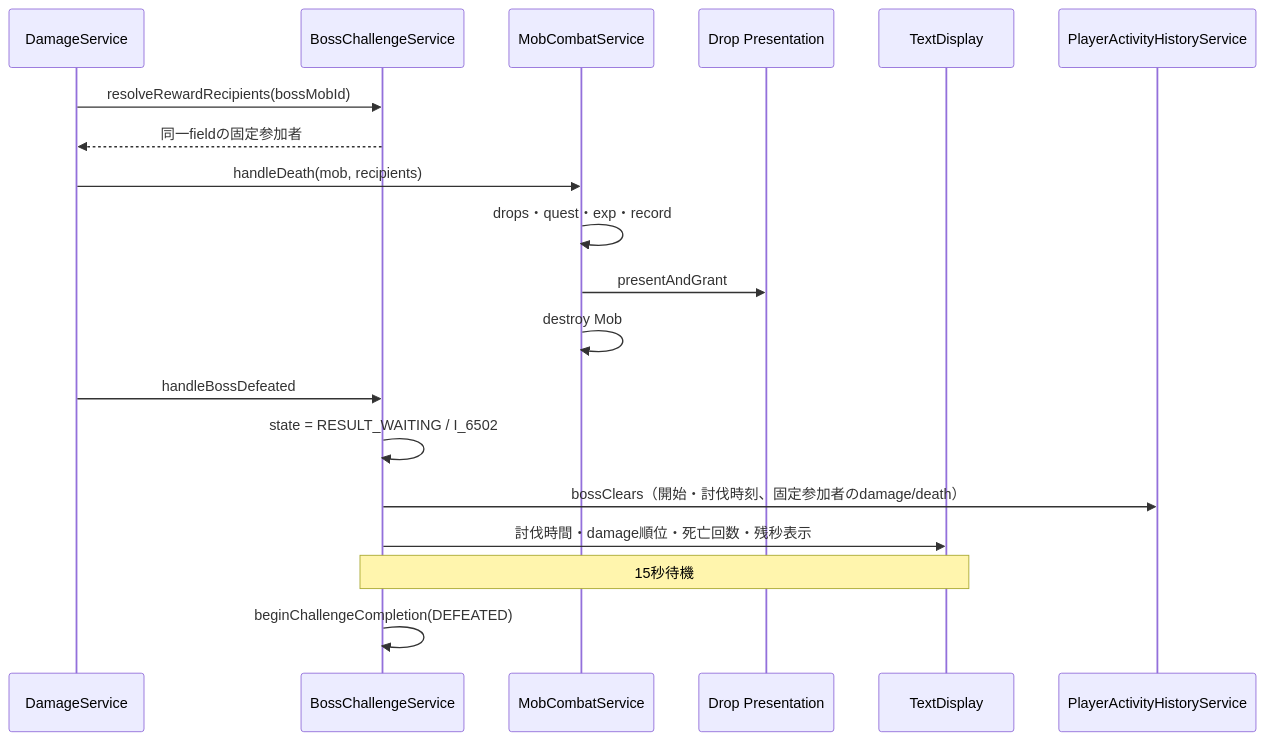
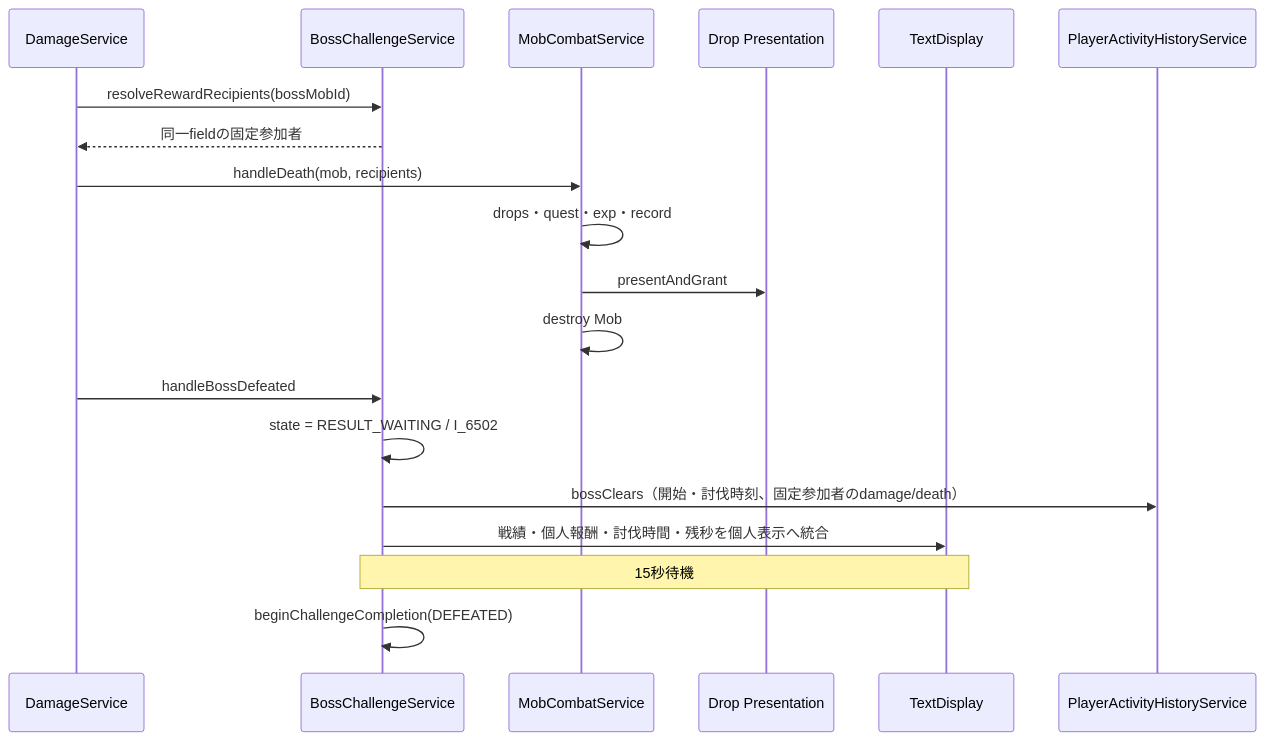
Before and after one commit to maaasu/AstralRecord-Workspace: the fourth of 6 diagrams in 00_docs/10_Plugin設計書/feature/26-boss/26_4-統合フロー.md, drawn with Mermaid. The commit also changed other lines of this file and 18 other files, not shown here.

````diff
--- a/00_docs/10_Plugin設計書/feature/26-boss/26_4-統合フロー.md
+++ b/00_docs/10_Plugin設計書/feature/26-boss/26_4-統合フロー.md
@@ -151,22 +151,22 @@
 ```mermaid
 sequenceDiagram
     participant D as DamageService
     participant B as BossChallengeService
     participant MC as MobCombatService
     participant DP as Drop Presentation
     participant TD as TextDisplay
     participant H as PlayerActivityHistoryService
 
     D->>B: resolveRewardRecipients(bossMobId)
     B-->>D: 同一fieldの固定参加者
     D->>MC: handleDeath(mob, recipients)
     MC->>MC: drops・quest・exp・record
     MC->>DP: presentAndGrant
     MC->>MC: destroy Mob
     D->>B: handleBossDefeated
     B->>B: state = RESULT_WAITING / I_6502
     B->>H: bossClears（開始・討伐時刻、固定参加者のdamage/death）
-    B->>TD: 討伐時間・damage順位・死亡回数・残秒表示
+    B->>TD: 戦績・個人報酬・討伐時間・残秒を個人表示へ統合
     Note over B,TD: 15秒待機
     B->>B: beginChallengeCompletion(DEFEATED)
 ```
````
